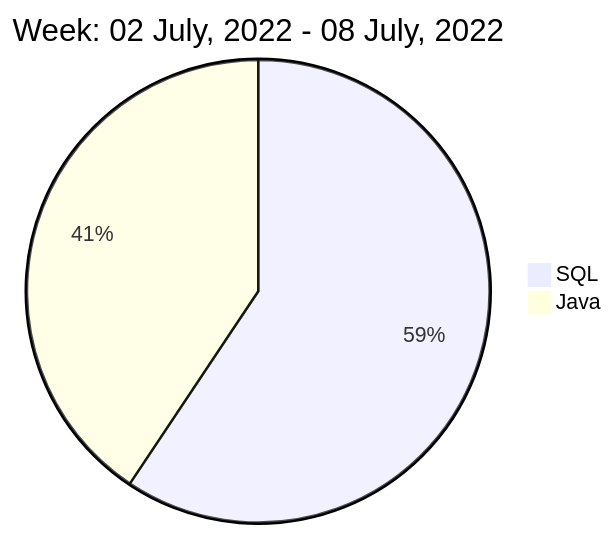
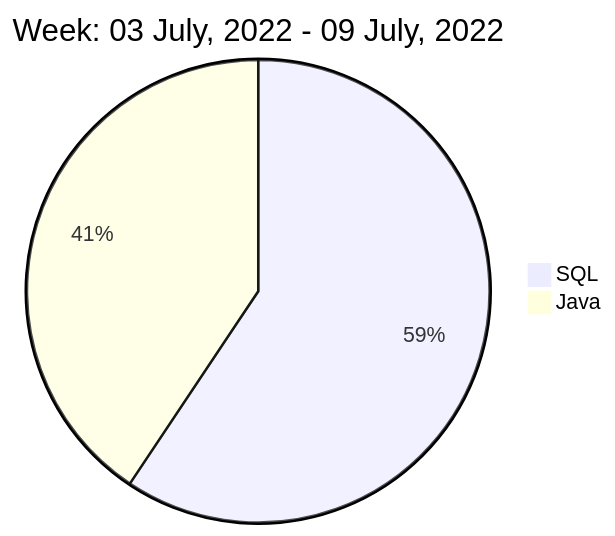
Before and after one commit to liubin95/liubin95: the diagram in README.md, drawn with Mermaid.

Commit message:
Updated the Graph with new Metrics

````diff
--- a/README.md
+++ b/README.md
@@ -40,6 +40,6 @@
 ```mermaid
  pie
-title Week: 02 July, 2022 - 08 July, 2022
+title Week: 03 July, 2022 - 09 July, 2022
  "SQL" : 2.63
  "Java" : 1.8
 ```
````
